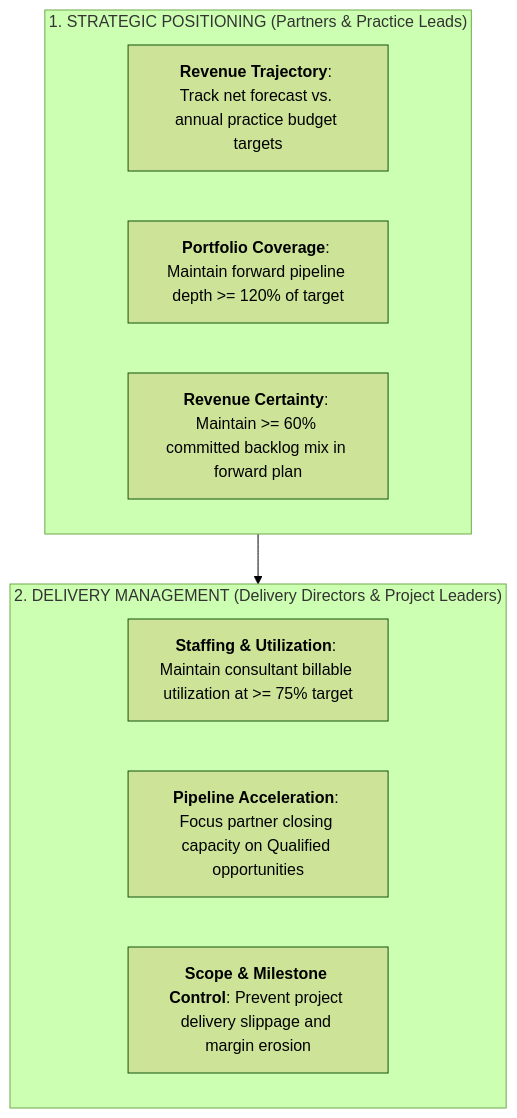
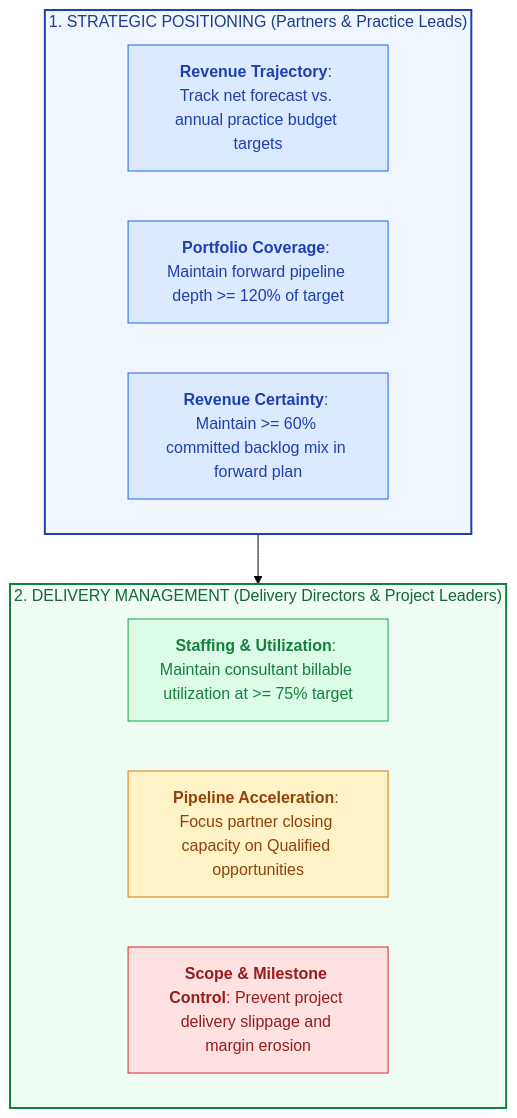
Before and after one commit to VED-VIVEK-TALMALEY/x-fin: the second of 7 diagrams in README.md, drawn with Mermaid (forest theme). The commit also changed other lines of this file and 6 other files, not shown here.

````diff
--- a/README.md
+++ b/README.md
@@ -39,16 +49,27 @@
 ```mermaid
 graph TD
     subgraph Strategic["1. STRATEGIC POSITIONING (Partners & Practice Leads)"]
         S1["<b>Revenue Trajectory</b>: Track net forecast vs. annual practice budget targets"]
         S2["<b>Portfolio Coverage</b>: Maintain forward pipeline depth >= 120% of target"]
         S3["<b>Revenue Certainty</b>: Maintain >= 60% committed backlog mix in forward plan"]
     end
 
     subgraph Operational["2. DELIVERY MANAGEMENT (Delivery Directors & Project Leaders)"]
         O1["<b>Staffing & Utilization</b>: Maintain consultant billable utilization at >= 75% target"]
         O2["<b>Pipeline Acceleration</b>: Focus partner closing capacity on Qualified opportunities"]
         O3["<b>Scope & Milestone Control</b>: Prevent project delivery slippage and margin erosion"]
     end
 
     Strategic --> Operational
+
+    style Strategic fill:#EFF6FF,stroke:#1E40AF,stroke-width:2px,color:#1E3A8A
+    style Operational fill:#F0FDF4,stroke:#15803D,stroke-width:2px,color:#166534
+
+    style S1 fill:#DBEAFE,stroke:#2563EB,stroke-width:1px,color:#1E40AF
+    style S2 fill:#DBEAFE,stroke:#2563EB,stroke-width:1px,color:#1E40AF
+    style S3 fill:#DBEAFE,stroke:#2563EB,stroke-width:1px,color:#1E40AF
+
+    style O1 fill:#DCFCE7,stroke:#16A34A,stroke-width:1px,color:#15803D
+    style O2 fill:#FEF3C7,stroke:#D97706,stroke-width:1px,color:#92400E
+    style O3 fill:#FEE2E2,stroke:#DC2626,stroke-width:1px,color:#991B1B
 ```
````
